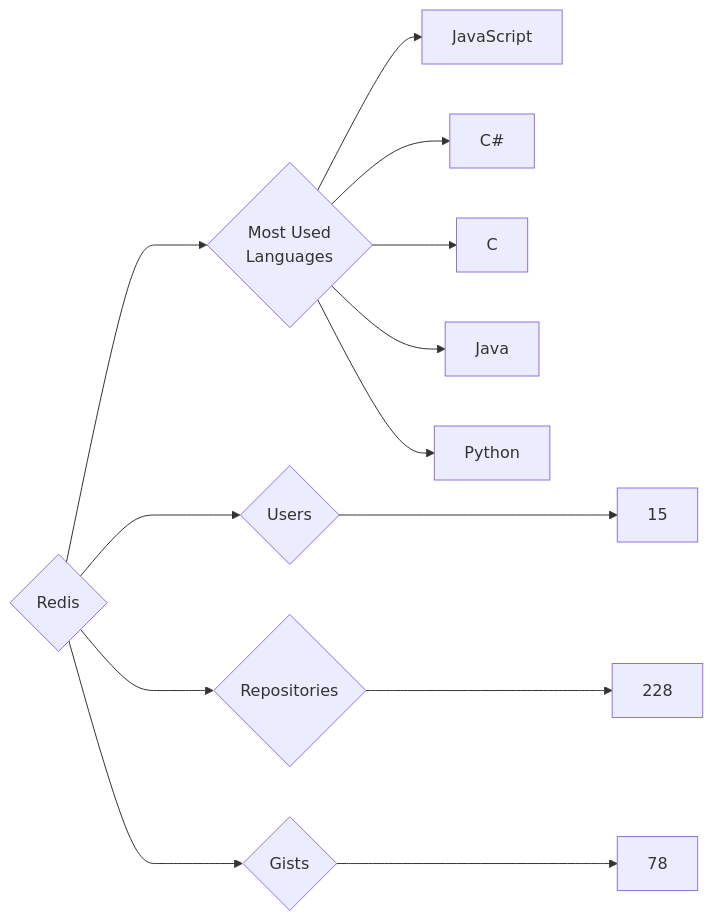
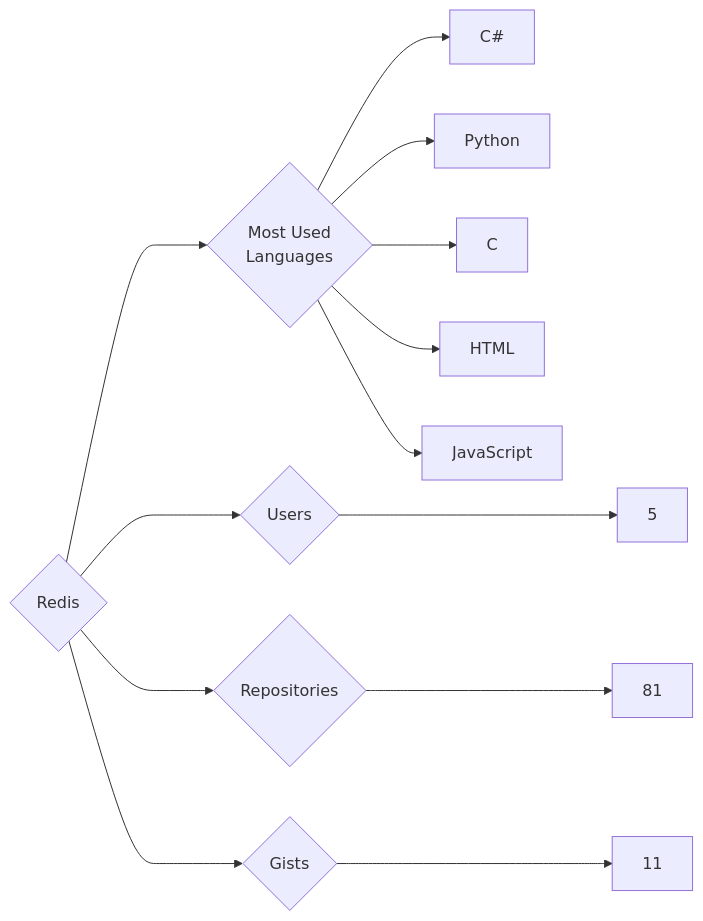
Before and after one commit to trickest/insiders: the diagram in targets/Redis/README.md, drawn with Mermaid. The commit also changed 799 other files, not shown here.

````diff
--- a/targets/Redis/README.md
+++ b/targets/Redis/README.md
@@ -3,13 +3,13 @@
 ```mermaid
 graph LR
 COMPANY_NAME{Redis}
-COMPANY_NAME ---> U{Users} ---> UN[15]
-COMPANY_NAME ---> R{Repositories} ---> RN[228]
-COMPANY_NAME ---> G{Gists} ---> GN[78]
+COMPANY_NAME ---> U{Users} ---> UN[5]
+COMPANY_NAME ---> R{Repositories} ---> RN[81]
+COMPANY_NAME ---> G{Gists} ---> GN[11]
 COMPANY_NAME ---> ML{Most Used<br>Languages}
+ML --> C#[C#]
+ML --> Python[Python]
+ML --> C[C]
+ML --> HTML[HTML]
 ML --> JavaScript[JavaScript]
-ML --> C#[C#]
-ML --> C[C]
-ML --> Java[Java]
-ML --> Python[Python]
 ```
````
